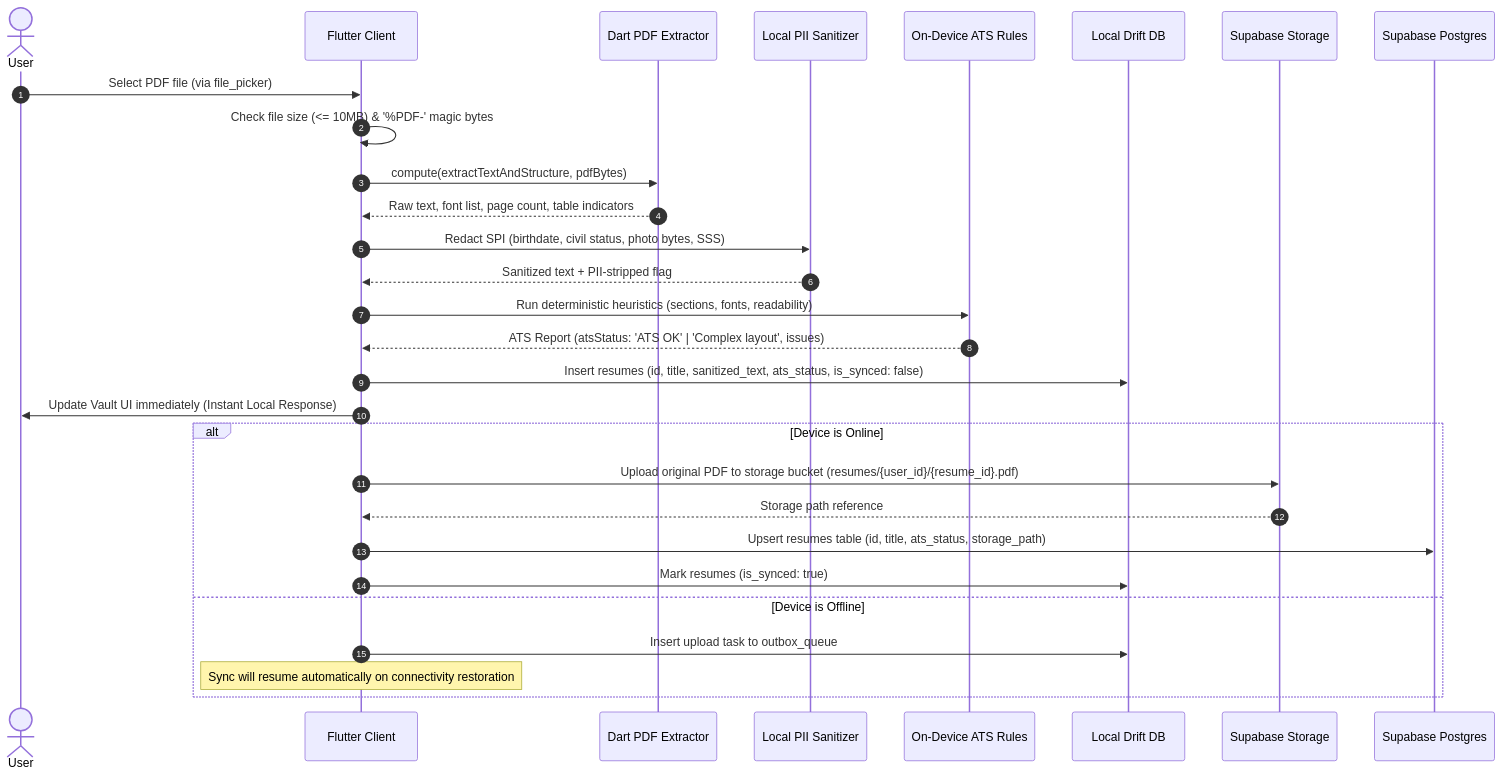
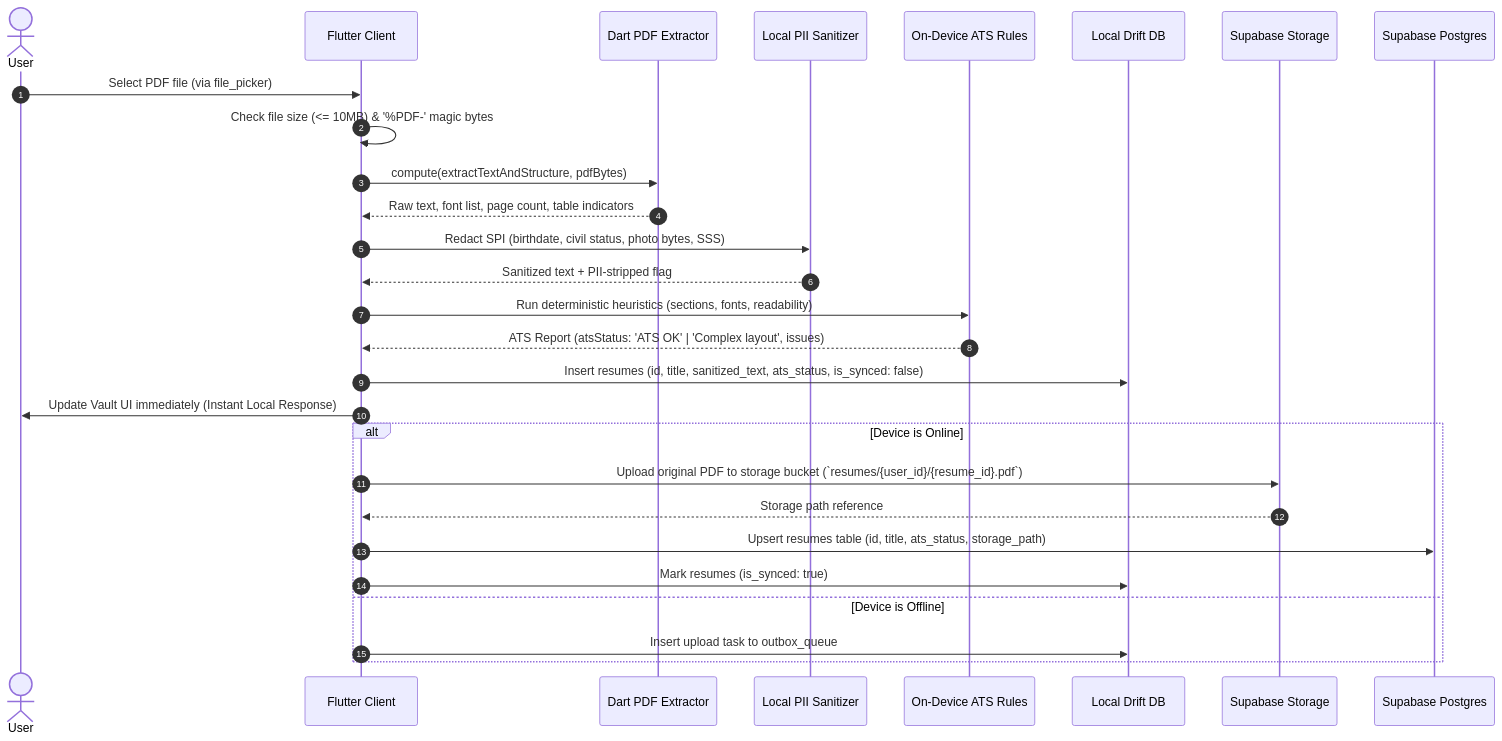
Before and after one commit to QuantumTan/rolevia: the fourth of 14 diagrams in docs/BACKEND_PLAN.md, drawn with Mermaid. The commit also changed other lines of this file and 16 other files, not shown here.

````diff
--- a/docs/BACKEND_PLAN.md
+++ b/docs/BACKEND_PLAN.md
@@ -181,33 +197,32 @@
 ```mermaid
 sequenceDiagram
     autonumber
     actor User
     participant App as Flutter Client
     participant PDF as Dart PDF Extractor
     participant PII as Local PII Sanitizer
     participant ATS as On-Device ATS Rules
     participant Drift as Local Drift DB
     participant S_Stor as Supabase Storage
     participant S_DB as Supabase Postgres
 
     User->>App: Select PDF file (via file_picker)
     App->>App: Check file size (<= 10MB) & '%PDF-' magic bytes
     App->>PDF: compute(extractTextAndStructure, pdfBytes)
     PDF-->>App: Raw text, font list, page count, table indicators
     App->>PII: Redact SPI (birthdate, civil status, photo bytes, SSS)
     PII-->>App: Sanitized text + PII-stripped flag
     App->>ATS: Run deterministic heuristics (sections, fonts, readability)
     ATS-->>App: ATS Report (atsStatus: 'ATS OK' | 'Complex layout', issues)
     App->>Drift: Insert resumes (id, title, sanitized_text, ats_status, is_synced: false)
     App->>User: Update Vault UI immediately (Instant Local Response)
 
     alt Device is Online
-        App->>S_Stor: Upload original PDF to storage bucket (resumes/{user_id}/{resume_id}.pdf)
+        App->>S_Stor: Upload original PDF to storage bucket (`resumes/{user_id}/{resume_id}.pdf`)
         S_Stor-->>App: Storage path reference
         App->>S_DB: Upsert resumes table (id, title, ats_status, storage_path)
         App->>Drift: Mark resumes (is_synced: true)
     else Device is Offline
         App->>Drift: Insert upload task to outbox_queue
-        Note over App: Sync will resume automatically on connectivity restoration
     end
 ```
````
